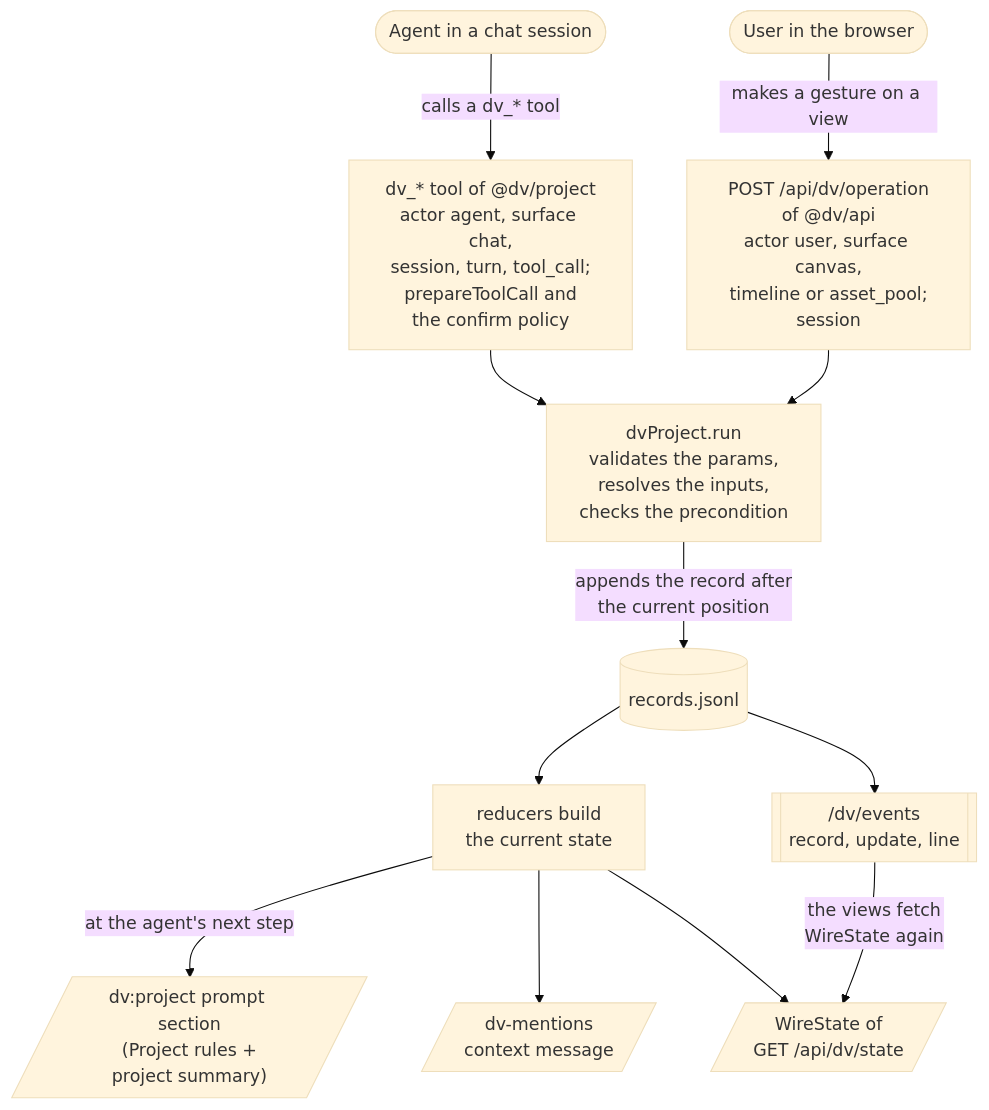
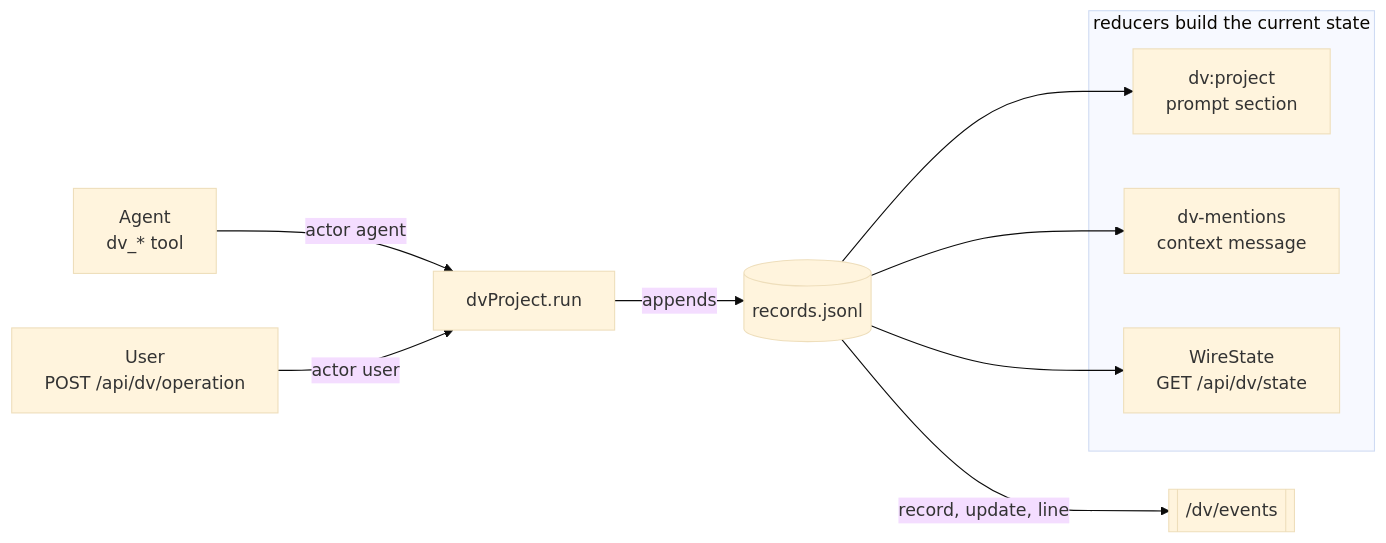
One commit to fastvideo-project/dreamverse-harness changed the diagram in docs/dreamverse/subsystems/agent-and-api.md. Above: the diagram before and after it, drawn with Mermaid (base theme). The commit also changed other lines of this file and 20 other files, not shown here.

````diff
--- a/docs/dreamverse/subsystems/agent-and-api.md
+++ b/docs/dreamverse/subsystems/agent-and-api.md
@@ -72,26 +72,21 @@
 ```mermaid
-flowchart TB
-  agent(["Agent in a chat session"])
-  user(["User in the browser"])
-  tool["dv_* tool of @dv/project<br/>actor agent, surface chat,<br/>session, turn, tool_call;<br/>prepareToolCall and<br/>the confirm policy"]
-  route["POST /api/dv/operation<br/>of @dv/api<br/>actor user, surface canvas,<br/>timeline or asset_pool;<br/>session"]
-  run["dvProject.run<br/>validates the params,<br/>resolves the inputs,<br/>checks the precondition"]
+flowchart LR
+  agent["Agent<br/>dv_* tool"]
+  user["User<br/>POST /api/dv/operation"]
+  run["dvProject.run"]
   records[("records.jsonl")]
-  state["reducers build<br/>the current state"]
-  summary[/"dv:project prompt section<br/>(Project rules +<br/>project summary)"/]
-  mentions[/"dv-mentions<br/>context message"/]
-  wire[/"WireState of<br/>GET /api/dv/state"/]
-  events[["/dv/events<br/>record, update, line"]]
+  subgraph reads["reducers build the current state"]
+    summary["dv:project<br/>prompt section"]
+    mentions["dv-mentions<br/>context message"]
+    wire["WireState<br/>GET /api/dv/state"]
+  end
+  events[["/dv/events"]]
 
-  agent -- "calls a dv_* tool" --> tool
-  user -- "makes a gesture on a view" --> route
-  tool --> run
-  route --> run
-  run -- "appends the record after<br/>the current position" --> records
-  records --> state
-  records --> events
-  state -- "at the agent's next step" --> summary
-  state --> mentions
-  state --> wire
-  events -- "the views fetch<br/>WireState again" --> wire
+  agent -- "actor agent" --> run
+  user -- "actor user" --> run
+  run -- "appends" --> records
+  records --> summary
+  records --> mentions
+  records --> wire
+  records -- "record, update, line" --> events
 ```
````
